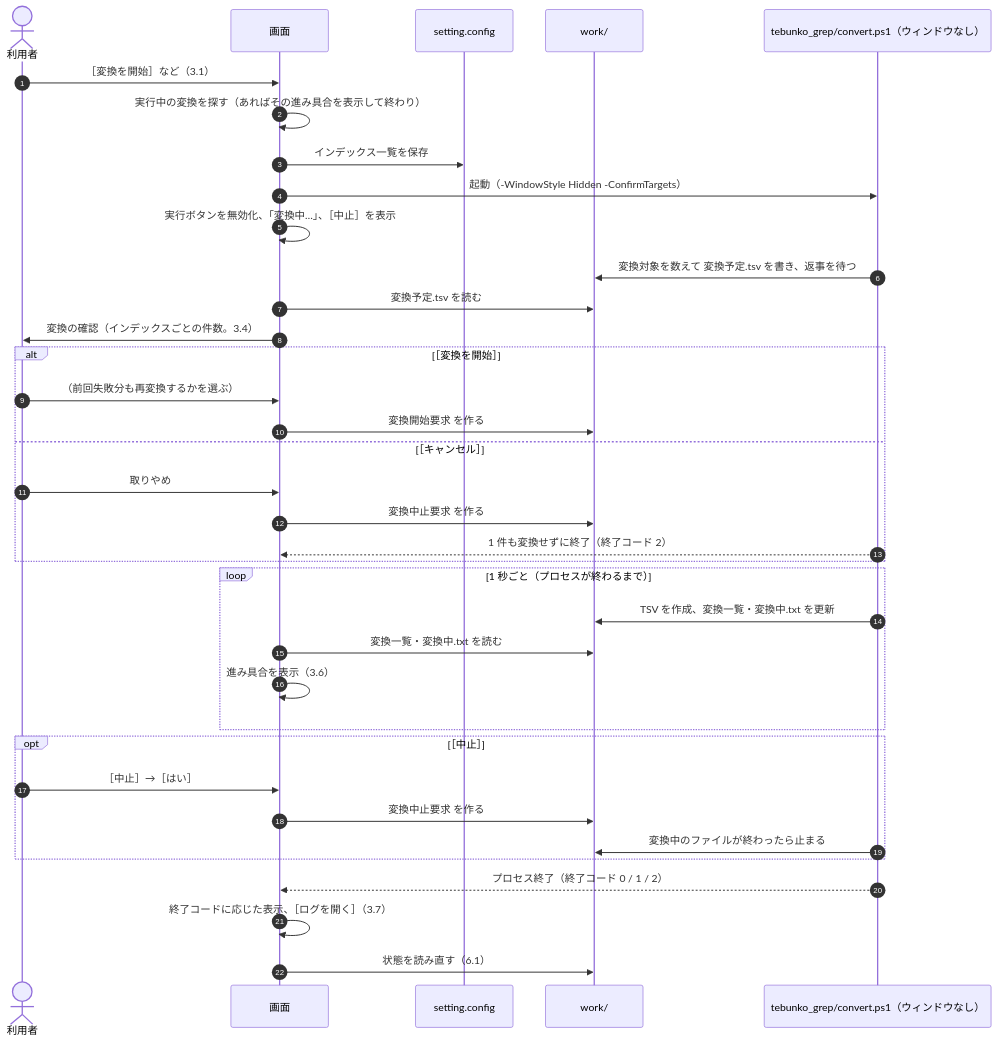
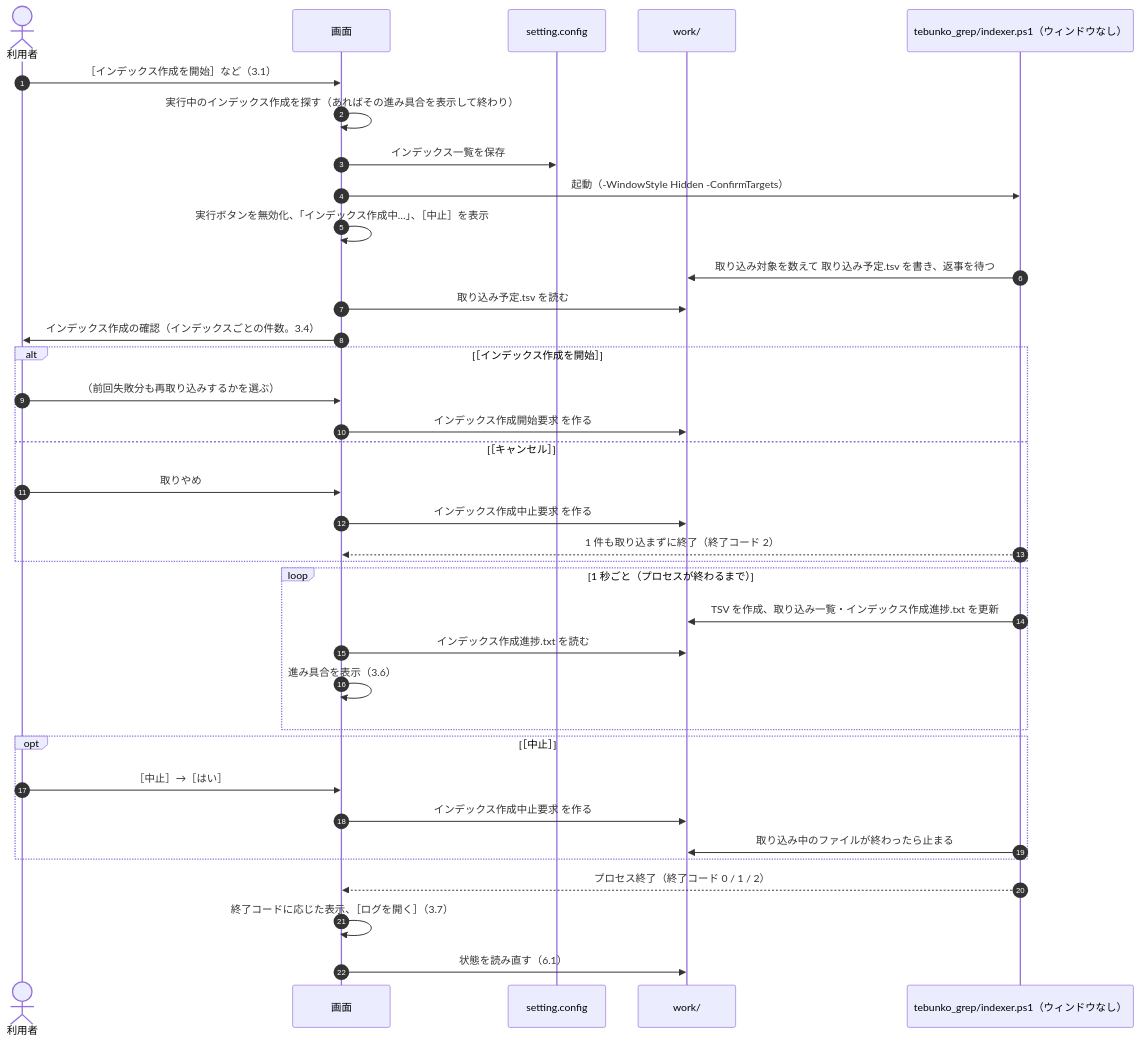
The third of 4 diagrams in docs/03_画面_4_状態と操作の流れ.md (hsgwa/tebunko), drawn with Mermaid before and after one commit. The commit also changed other lines of this file and 98 other files, not shown here.

````diff
--- a/docs/03_画面_4_状態と操作の流れ.md
+++ b/docs/03_画面_4_状態と操作の流れ.md
@@ -80,39 +80,39 @@
 ```mermaid
 sequenceDiagram
     autonumber
     actor U as 利用者
     participant G as 画面
     participant C as setting.config
     participant W as work/
-    participant P as tebunko_grep/convert.ps1（ウィンドウなし）
+    participant P as tebunko_grep/indexer.ps1（ウィンドウなし）
 
-    U->>G: ［変換を開始］など（3.1）
-    G->>G: 実行中の変換を探す（あればその進み具合を表示して終わり）
+    U->>G: ［インデックス作成を開始］など（3.1）
+    G->>G: 実行中のインデックス作成を探す（あればその進み具合を表示して終わり）
     G->>C: インデックス一覧を保存
     G->>P: 起動（-WindowStyle Hidden -ConfirmTargets）
-    G->>G: 実行ボタンを無効化、「変換中…」、［中止］を表示
-    P->>W: 変換対象を数えて 変換予定.tsv を書き、返事を待つ
-    G->>W: 変換予定.tsv を読む
-    G->>U: 変換の確認（インデックスごとの件数。3.4）
-    alt ［変換を開始］
-        U->>G: （前回失敗分も再変換するかを選ぶ）
-        G->>W: 変換開始要求 を作る
+    G->>G: 実行ボタンを無効化、「インデックス作成中…」、［中止］を表示
+    P->>W: 取り込み対象を数えて 取り込み予定.tsv を書き、返事を待つ
+    G->>W: 取り込み予定.tsv を読む
+    G->>U: インデックス作成の確認（インデックスごとの件数。3.4）
+    alt ［インデックス作成を開始］
+        U->>G: （前回失敗分も再取り込みするかを選ぶ）
+        G->>W: インデックス作成開始要求 を作る
     else ［キャンセル］
         U->>G: 取りやめ
-        G->>W: 変換中止要求 を作る
-        P-->>G: 1 件も変換せずに終了（終了コード 2）
+        G->>W: インデックス作成中止要求 を作る
+        P-->>G: 1 件も取り込まずに終了（終了コード 2）
     end
     loop 1 秒ごと（プロセスが終わるまで）
-        P->>W: TSV を作成、変換一覧・変換中.txt を更新
-        G->>W: 変換一覧・変換中.txt を読む
+        P->>W: TSV を作成、取り込み一覧・インデックス作成進捗.txt を更新
+        G->>W: インデックス作成進捗.txt を読む
         G->>G: 進み具合を表示（3.6）
     end
     opt ［中止］
         U->>G: ［中止］→［はい］
-        G->>W: 変換中止要求 を作る
-        P->>W: 変換中のファイルが終わったら止まる
+        G->>W: インデックス作成中止要求 を作る
+        P->>W: 取り込み中のファイルが終わったら止まる
     end
     P-->>G: プロセス終了（終了コード 0 / 1 / 2）
     G->>G: 終了コードに応じた表示、［ログを開く］（3.7）
     G->>W: 状態を読み直す（6.1）
 ```
````
